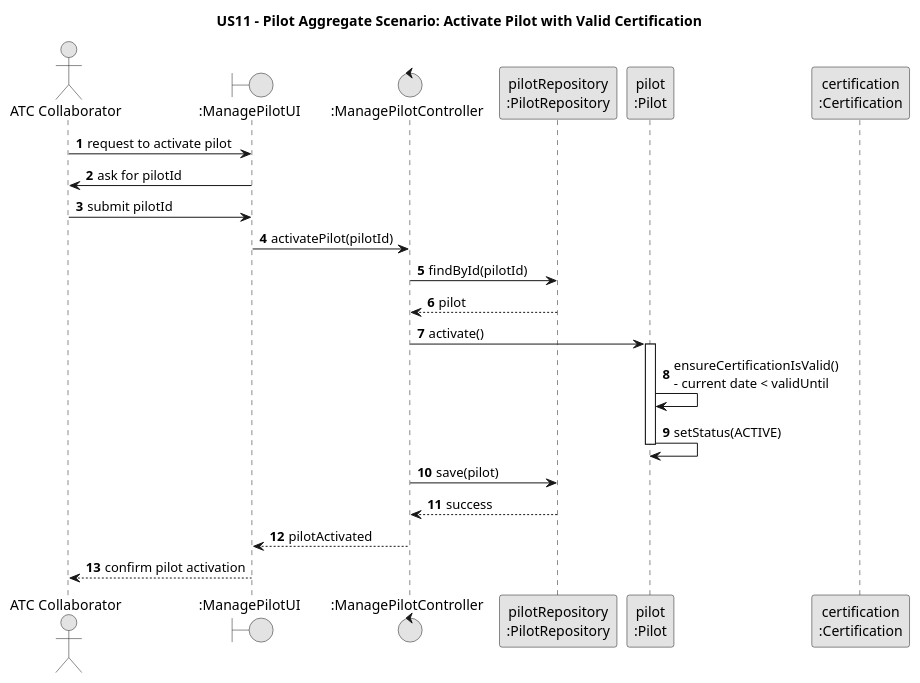
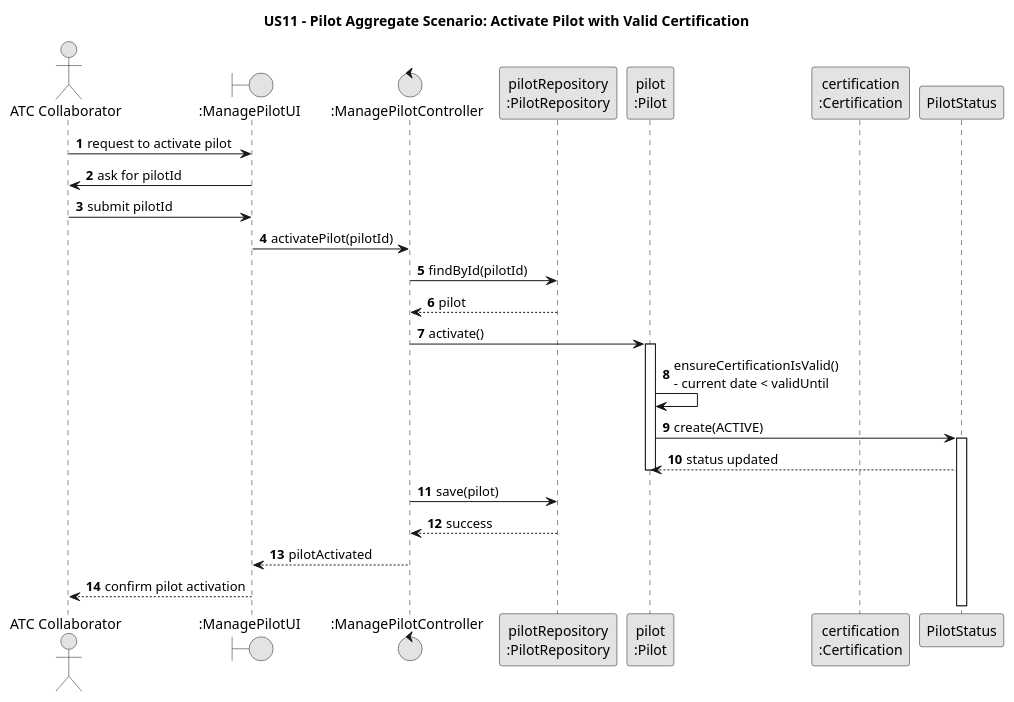
Before and after one commit to GustavoFerreira24/flight-management-platform: the diagram in docs/global-artifacts/03.design/puml/PilotAggregate-SD.puml, drawn with PlantUML. The commit also changed 5 other files, not shown here.

```diff
--- a/docs/global-artifacts/03.design/puml/PilotAggregate-SD.puml
+++ b/docs/global-artifacts/03.design/puml/PilotAggregate-SD.puml
@@ -1,41 +1,42 @@
 @startuml
 title US11 - Pilot Aggregate Scenario: Activate Pilot with Valid Certification
 
 skinparam monochrome true
 skinparam packageStyle rectangle
 skinparam shadowing false
 
 autonumber
 
 actor "ATC Collaborator" as ATC
 boundary ":ManagePilotUI" as UI
 control ":ManagePilotController" as C
 participant "pilotRepository\n:PilotRepository" as PilotRepo
 participant "pilot\n:Pilot" as Pilot
 participant "certification\n:Certification" as Certification
 
 ATC -> UI : request to activate pilot
 UI -> ATC : ask for pilotId
 
 ATC -> UI : submit pilotId
 UI -> C : activatePilot(pilotId)
 
 C -> PilotRepo : findById(pilotId)
 PilotRepo --> C : pilot
 
 C -> Pilot : activate()
 
 activate Pilot
 
 Pilot -> Pilot : ensureCertificationIsValid()\n- current date < validUntil
-Pilot -> Pilot : setStatus(ACTIVE)
+Pilot -> PilotStatus ++ : create(ACTIVE)
+PilotStatus --> Pilot : status updated
 
 deactivate Pilot
 
 C -> PilotRepo : save(pilot)
 PilotRepo --> C : success
 
 C --> UI : pilotActivated
 UI --> ATC : confirm pilot activation
 
 @enduml
```
